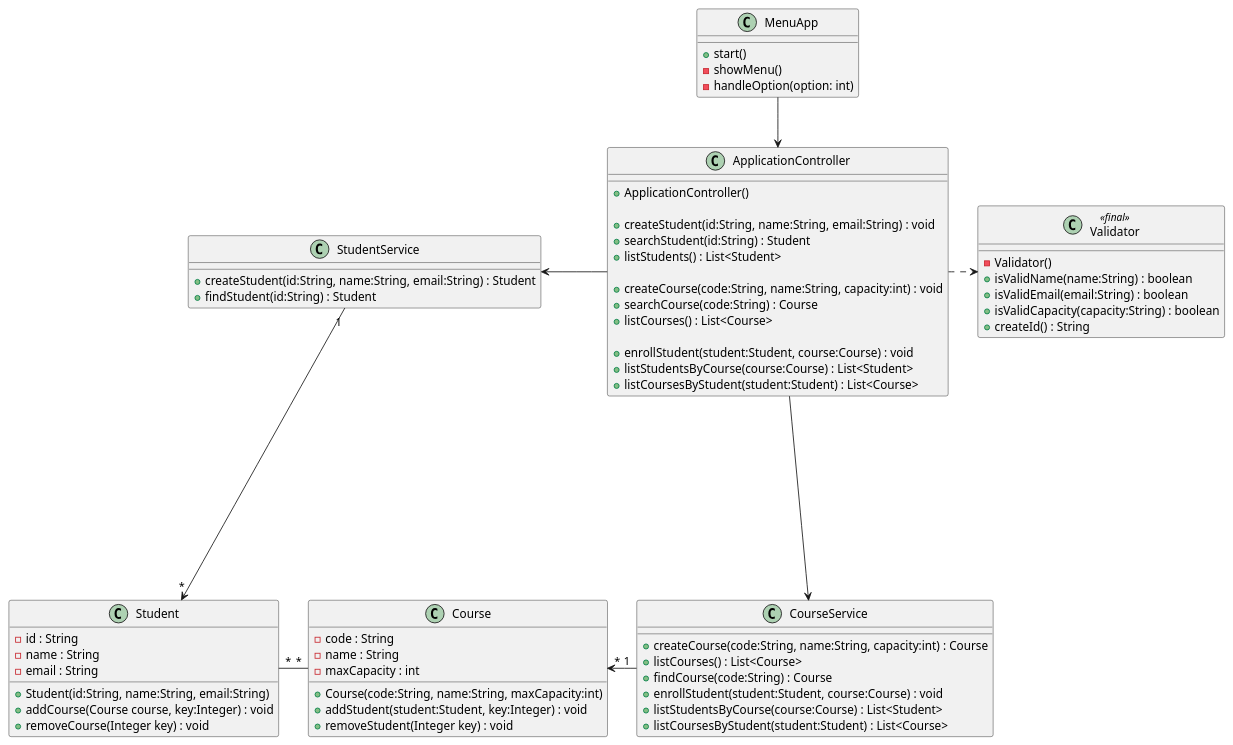
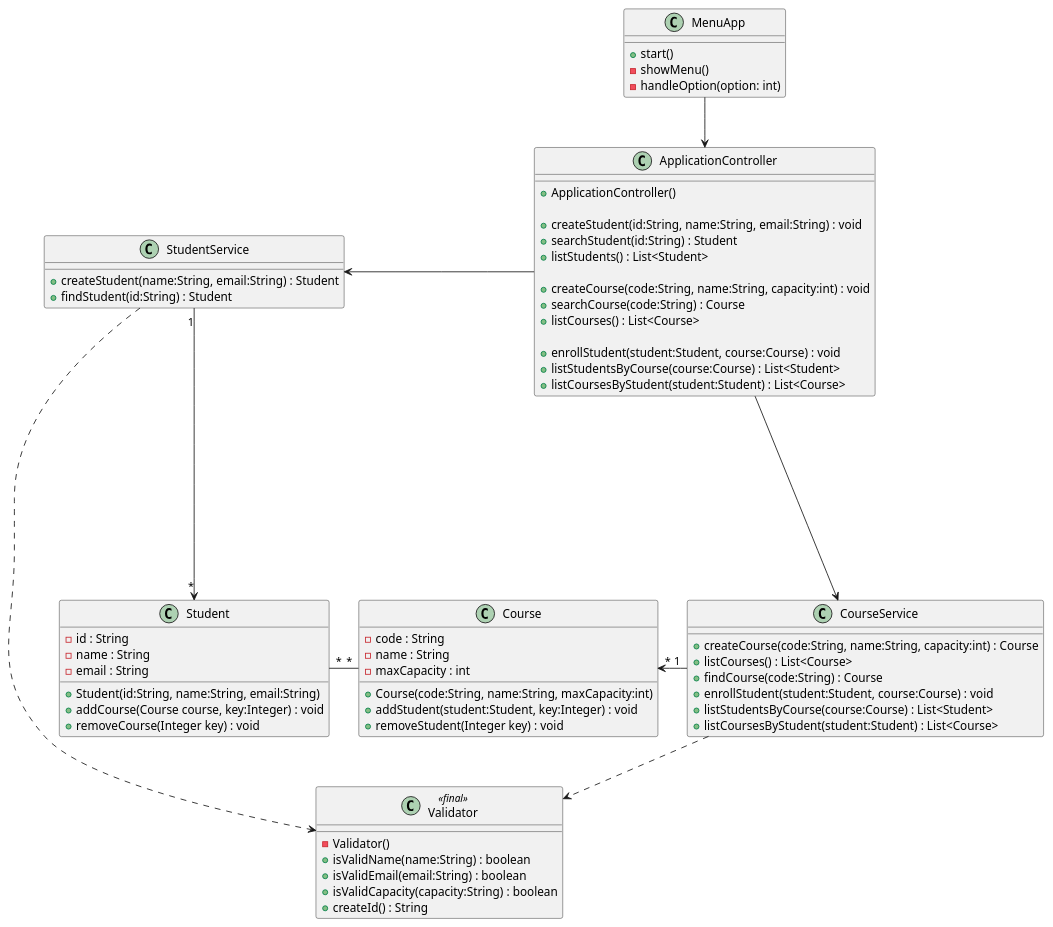
One commit to Roman27-gg/PoyectoFinal_Modulo3 changed the diagram in uml.plantuml. Above: the diagram before and after it, drawn with PlantUML. The commit also changed 7 other files, not shown here.

```diff
--- a/uml.plantuml
+++ b/uml.plantuml
@@ -1,73 +1,74 @@
 @startuml UML
 class Course {
   - code : String
   - name : String
   - maxCapacity : int
   + Course(code:String, name:String, maxCapacity:int)
   + addStudent(student:Student, key:Integer) : void
   + removeStudent(Integer key) : void
 }
 
 class Student {
   - id : String
   - name : String
   - email : String
   + Student(id:String, name:String, email:String)
   + addCourse(Course course, key:Integer) : void
   + removeCourse(Integer key) : void
 }
 
 class CourseService {
   + createCourse(code:String, name:String, capacity:int) : Course
   + listCourses() : List<Course>
   + findCourse(code:String) : Course
   + enrollStudent(student:Student, course:Course) : void
   + listStudentsByCourse(course:Course) : List<Student>
   + listCoursesByStudent(student:Student) : List<Course>
 }
 
 class StudentService {
-  + createStudent(id:String, name:String, email:String) : Student
+  + createStudent(name:String, email:String) : Student
   + findStudent(id:String) : Student
 }
 
 class Validator <<final>> {
   - Validator()
   + isValidName(name:String) : boolean
   + isValidEmail(email:String) : boolean
   + isValidCapacity(capacity:String) : boolean
   + createId() : String
 }
 
 class ApplicationController {
   + ApplicationController()
 
   + createStudent(id:String, name:String, email:String) : void
   + searchStudent(id:String) : Student
   + listStudents() : List<Student>
 
   + createCourse(code:String, name:String, capacity:int) : void
   + searchCourse(code:String) : Course
   + listCourses() : List<Course>
 
   + enrollStudent(student:Student, course:Course) : void
   + listStudentsByCourse(course:Course) : List<Student>
   + listCoursesByStudent(student:Student) : List<Course>
 }
 
 class MenuApp {
     +start()
     -showMenu()
     -handleOption(option: int)
 }
 
 
 
 Course "*" --left-- "*" Student
 CourseService "1" --left--> "*" Course
 StudentService "1" --down---> "*" Student
 ApplicationController -left-> StudentService
 ApplicationController -down-> CourseService
-ApplicationController ..right..> Validator
 MenuApp --> ApplicationController
+CourseService ..> Validator
+StudentService ..> Validator
 @enduml
```
